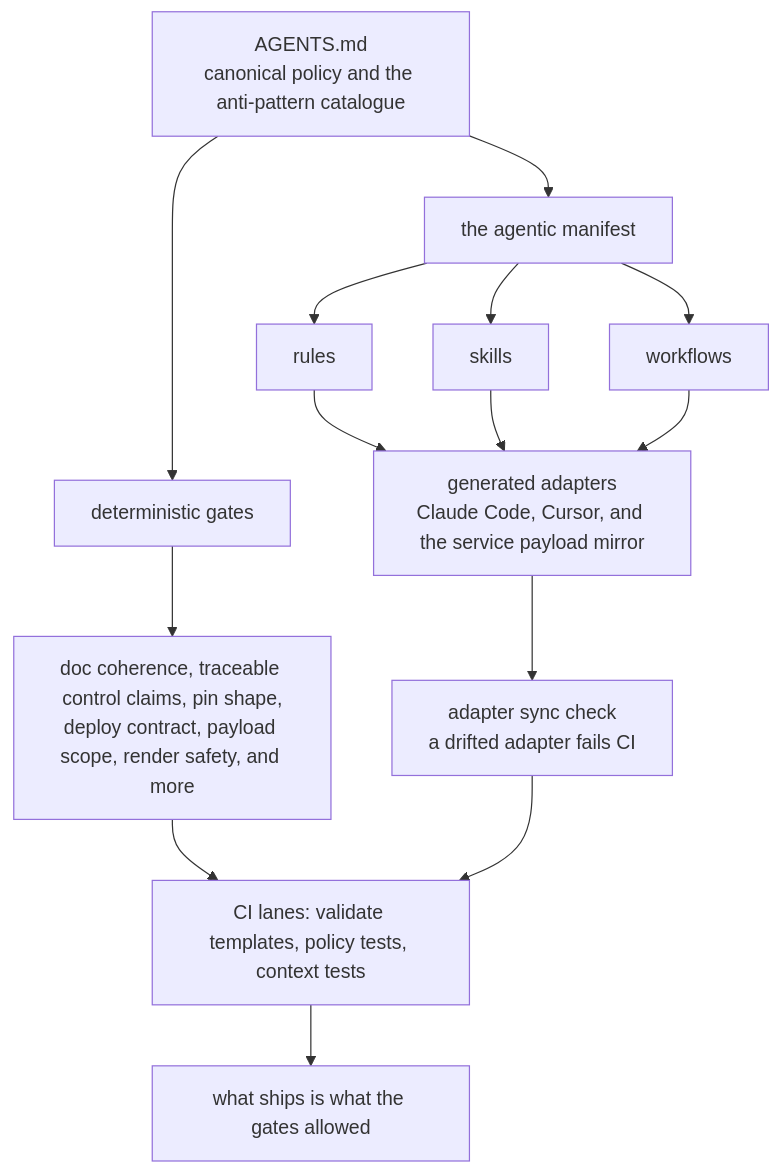
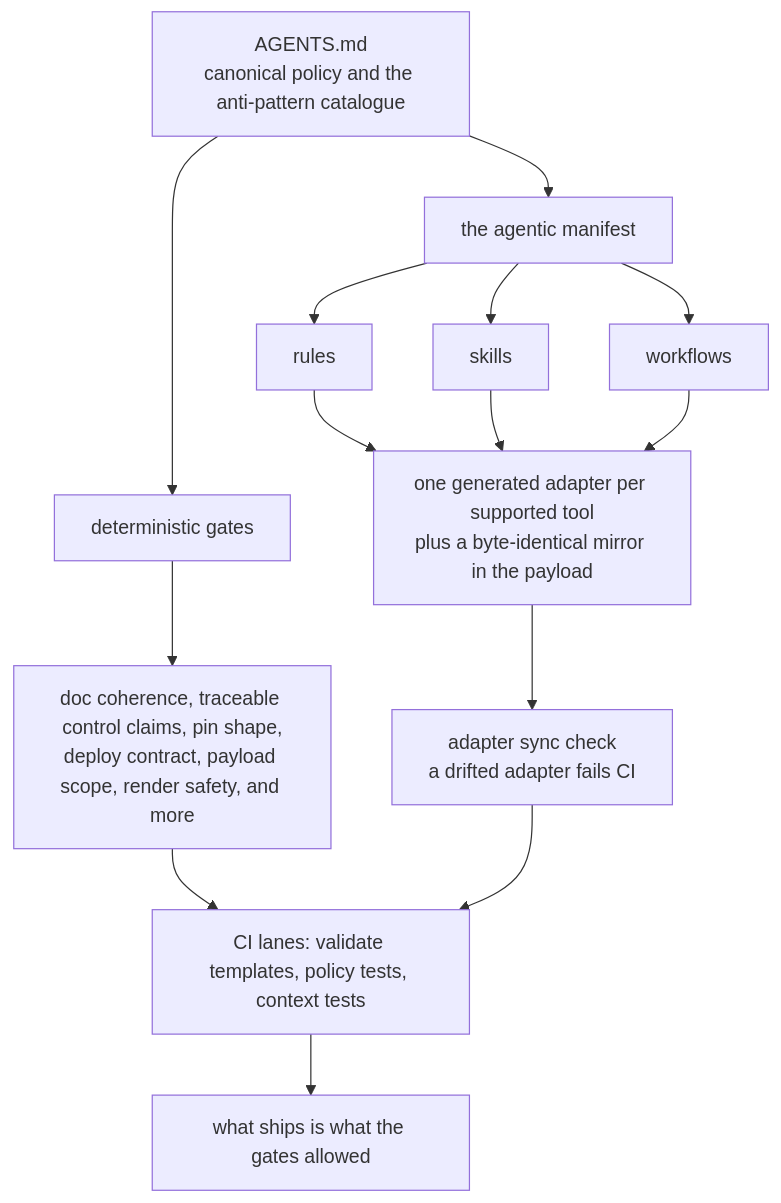
The fourth of 4 diagrams in docs/template.md (DuqueOM/ML-MLOps-Portfolio), drawn with Mermaid before and after one commit. The commit also changed other lines of this file, not shown here.

First line of the commit message:
docs(template): diagram 4 draws the adapter mechanism, not an inventory that went stale in a week (#313)

````diff
--- a/docs/template.md
+++ b/docs/template.md
@@ -329,16 +329,16 @@
 ```mermaid
 flowchart TD
     A["AGENTS.md<br/>canonical policy and the anti-pattern catalogue"] --> B["the agentic manifest"]
     B --> C["rules"]
     B --> D["skills"]
     B --> E["workflows"]
-    C --> F["generated adapters<br/>Claude Code, Cursor, and the service payload mirror"]
+    C --> F["one generated adapter per supported tool<br/>plus a byte-identical mirror in the payload"]
     D --> F
     E --> F
     F --> G["adapter sync check<br/>a drifted adapter fails CI"]
     A --> H["deterministic gates"]
     H --> I["doc coherence, traceable control claims, pin shape,<br/>deploy contract, payload scope, render safety, and more"]
     I --> J["CI lanes: validate templates, policy tests, context tests"]
     G --> J
     J --> K["what ships is what the gates allowed"]
 ```
````
